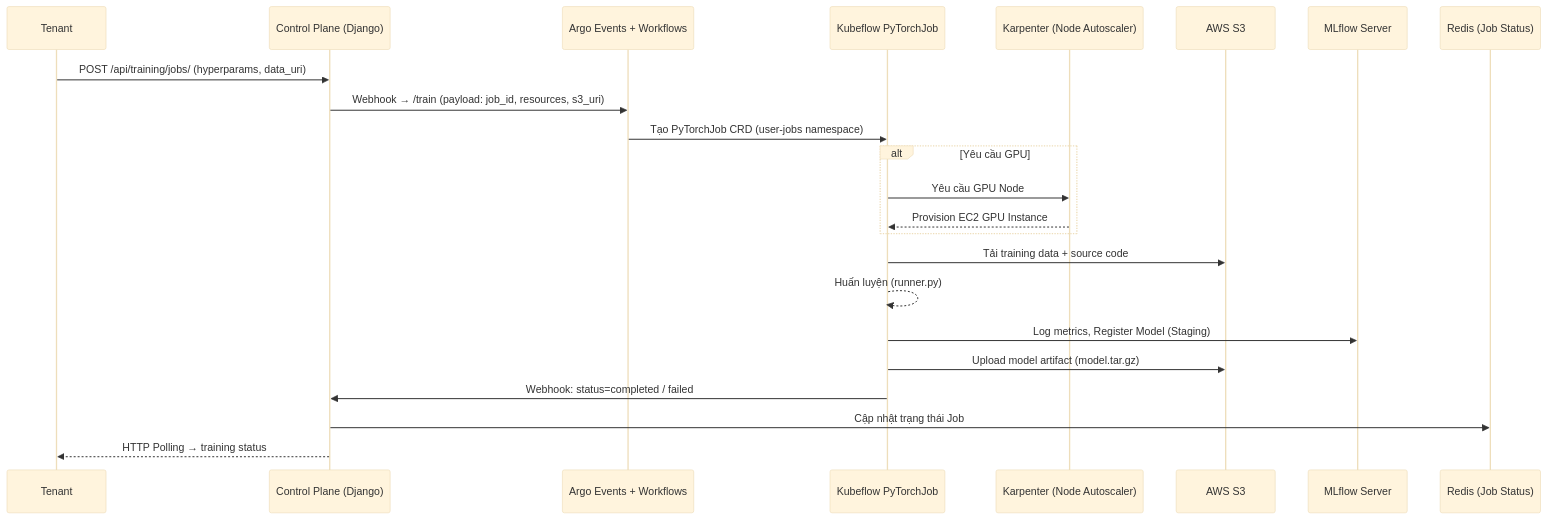
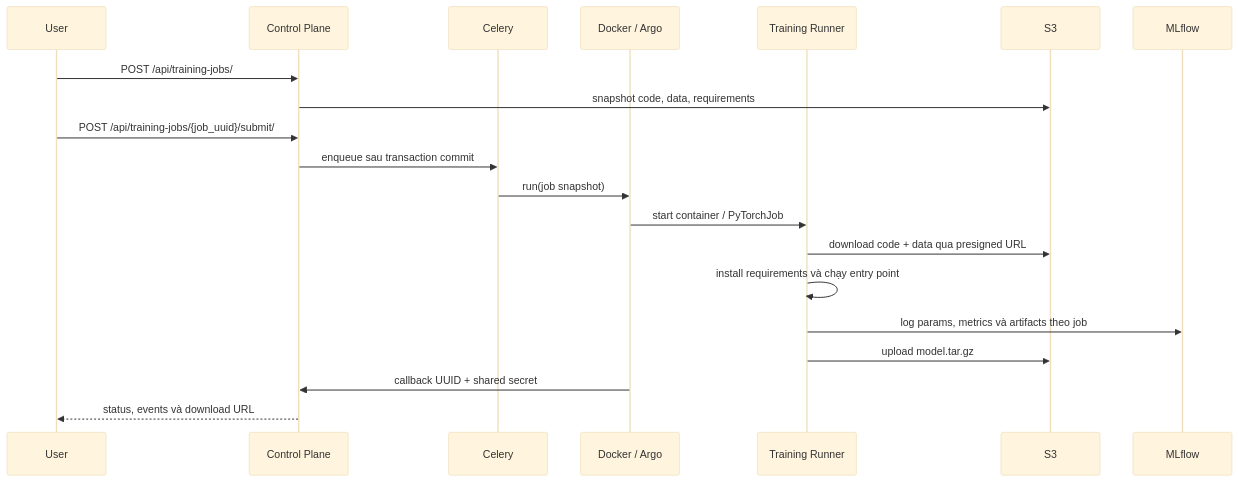
The third of 6 diagrams in ARCHITECTURE.md (Viet-Hoang-2005/AdaptML), drawn with Mermaid (base theme) before and after one commit. The commit also changed other lines of this file and 8 other files, not shown here.

````diff
--- a/ARCHITECTURE.md
+++ b/ARCHITECTURE.md
@@ -171,29 +158,23 @@
 ```mermaid
 sequenceDiagram
-    participant USER as Tenant
-    participant CP as Control Plane (Django)
-    participant ARGO as Argo Events + Workflows
-    participant KF as Kubeflow PyTorchJob
-    participant KARPENTER as Karpenter (Node Autoscaler)
-    participant S3 as AWS S3
-    participant MLFLOW as MLflow Server
-    participant REDIS as Redis (Job Status)
+    participant User
+    participant CP as Control Plane
+    participant Celery
+    participant Backend as Docker / Argo
+    participant Runner as Training Runner
+    participant S3
+    participant MLflow
 
-    USER->>CP: POST /api/training/jobs/ (hyperparams, data_uri)
-    CP->>ARGO: Webhook → /train (payload: job_id, resources, s3_uri)
-    ARGO->>KF: Tạo PyTorchJob CRD (user-jobs namespace)
-
-    alt Yêu cầu GPU
-        KF->>KARPENTER: Yêu cầu GPU Node
-        KARPENTER-->>KF: Provision EC2 GPU Instance
-    end
-
-    KF->>S3: Tải training data + source code
-    KF-->>KF: Huấn luyện (runner.py)
-    KF->>MLFLOW: Log metrics, Register Model (Staging)
-    KF->>S3: Upload model artifact (model.tar.gz)
-    KF->>CP: Webhook: status=completed / failed
-
-    CP->>REDIS: Cập nhật trạng thái Job
-    CP-->>USER: HTTP Polling → training status
+    User->>CP: POST /api/training-jobs/
+    CP->>S3: snapshot code, data, requirements
+    User->>CP: POST /api/training-jobs/{job_uuid}/submit/
+    CP->>Celery: enqueue sau transaction commit
+    Celery->>Backend: run(job snapshot)
+    Backend->>Runner: start container / PyTorchJob
+    Runner->>S3: download code + data qua presigned URL
+    Runner->>Runner: install requirements và chạy entry point
+    Runner->>MLflow: log params, metrics và artifacts theo job
+    Runner->>S3: upload model.tar.gz
+    Backend->>CP: callback UUID + shared secret
+    CP-->>User: status, events và download URL
 ```
````
